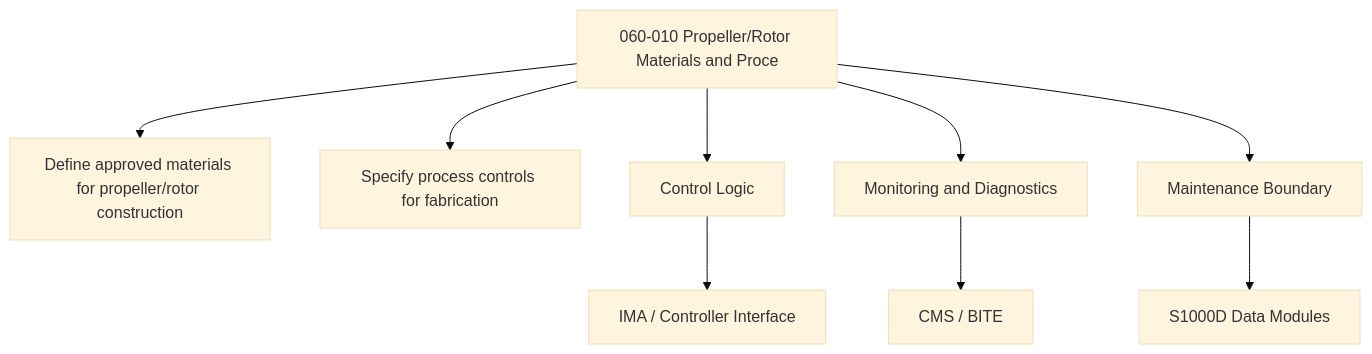
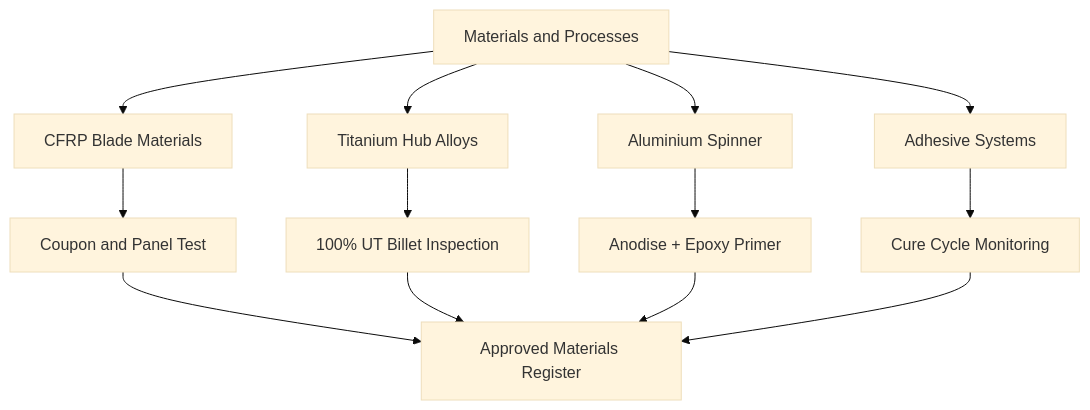
Before and after one commit to AmedeoPelliccia/Qplus-For-All-Queer-People-and-Quantum: the second of 2 diagrams in Q+ATLANTIDE/000-099_ATLAS/060-069_Propulsion-Tradicional/060_Standard-Practices-Propeller-Rotor/060-010-Propeller-Rotor-Materials-and-Processes.md, drawn with Mermaid (base theme). The commit also changed other lines of this file and 74 other files, not shown here.

````diff
--- a/Q+ATLANTIDE/000-099_ATLAS/060-069_Propulsion-Tradicional/060_Standard-Practices-Propeller-Rotor/060-010-Propeller-Rotor-Materials-and-Processes.md
+++ b/Q+ATLANTIDE/000-099_ATLAS/060-069_Propulsion-Tradicional/060_Standard-Practices-Propeller-Rotor/060-010-Propeller-Rotor-Materials-and-Processes.md
@@ -172,11 +116,15 @@
 ```mermaid
 flowchart TB
-    SYS[060-010 Propeller/Rotor Materials and Proce] --> F1[Define approved materials for propeller/rotor construction]
-    SYS --> F2[Specify process controls for fabrication]
-    SYS --> CTRL[Control Logic]
-    SYS --> MON[Monitoring and Diagnostics]
-    SYS --> MAINT[Maintenance Boundary]
-    CTRL --> IMA[IMA / Controller Interface]
-    MON --> CMS[CMS / BITE]
-    MAINT --> CSDB[S1000D Data Modules]
+    MAT[Materials and Processes] --> CFRP[CFRP Blade Materials]
+    MAT --> TI[Titanium Hub Alloys]
+    MAT --> AL[Aluminium Spinner]
+    MAT --> BOND[Adhesive Systems]
+    CFRP --> QTEST[Coupon and Panel Test]
+    TI --> UT[100% UT Billet Inspection]
+    AL --> COAT[Anodise + Epoxy Primer]
+    BOND --> CURE[Cure Cycle Monitoring]
+    QTEST --> AMR[Approved Materials Register]
+    UT --> AMR
+    COAT --> AMR
+    CURE --> AMR
 ```
````
